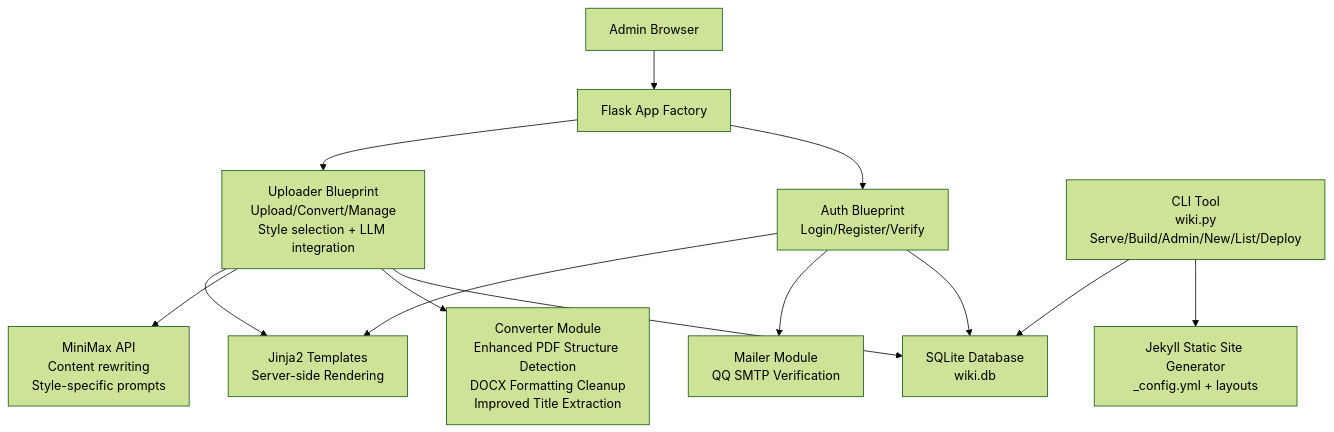
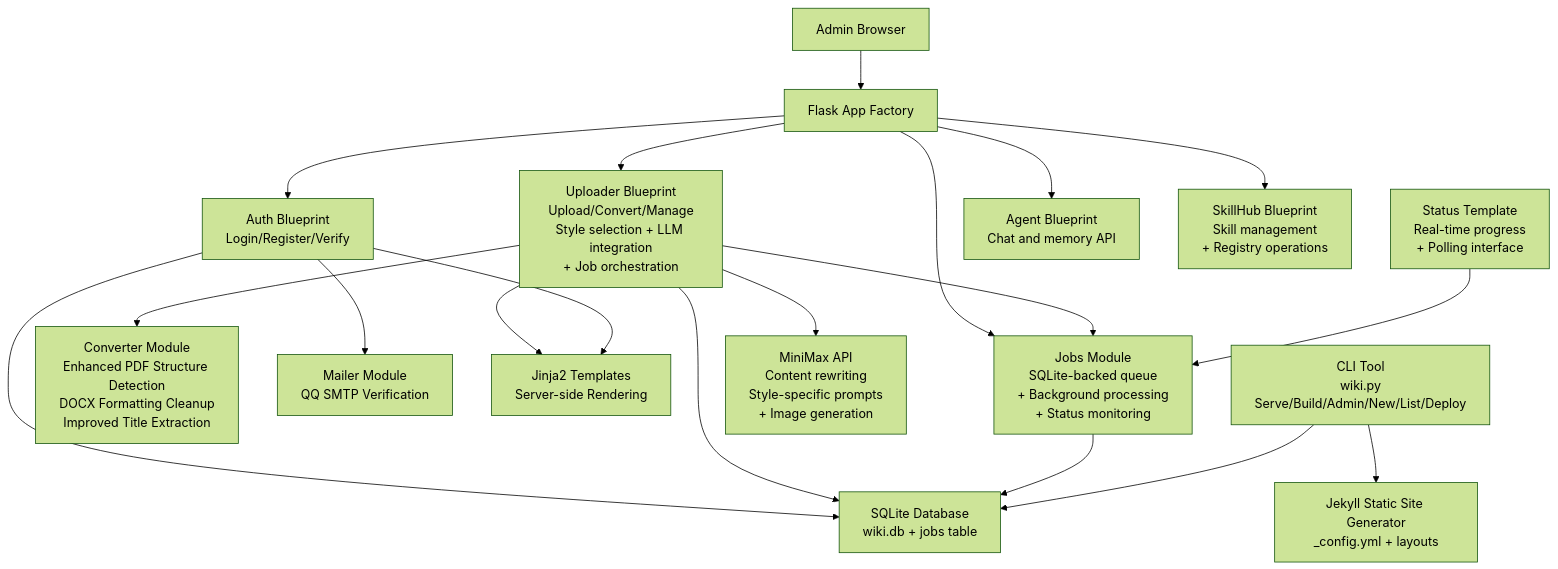
Before and after one commit to PolarisW007/PolaZhenJing: the second of 13 diagrams in .qoder/repowiki/en/content/Backend Application/Backend Application.md, drawn with Mermaid (forest theme). The commit also changed other lines of this file and 333 other files, not shown here.

````diff
--- a/.qoder/repowiki/en/content/Backend Application/Backend Application.md
+++ b/.qoder/repowiki/en/content/Backend Application/Backend Application.md
@@ -121,26 +137,36 @@
 ```mermaid
 graph TB
 CLIENT["Admin Browser"]
 FLASK["Flask App Factory"]
 AUTH["Auth Blueprint<br/>Login/Register/Verify"]
-UPLOAD["Uploader Blueprint<br/>Upload/Convert/Manage<br/>Style selection + LLM integration"]
+UPLOAD["Uploader Blueprint<br/>Upload/Convert/Manage<br/>Style selection + LLM integration<br/>+ Job orchestration"]
+JOBS["Jobs Module<br/>SQLite-backed queue<br/>+ Background processing<br/>+ Status monitoring"]
+STATUS["Status Template<br/>Real-time progress<br/>+ Polling interface"]
+AGENT["Agent Blueprint<br/>Chat and memory API"]
+SKILLHUB["SkillHub Blueprint<br/>Skill management<br/>+ Registry operations"]
 CONV["Converter Module<br/>Enhanced PDF Structure Detection<br/>DOCX Formatting Cleanup<br/>Improved Title Extraction"]
 MAIL["Mailer Module<br/>QQ SMTP Verification"]
-DB["SQLite Database<br/>wiki.db"]
+DB["SQLite Database<br/>wiki.db + jobs table"]
 TEMPLATES["Jinja2 Templates<br/>Server-side Rendering"]
 CLI["CLI Tool<br/>wiki.py<br/>Serve/Build/Admin/New/List/Deploy"]
 JEKYLL["Jekyll Static Site Generator<br/>_config.yml + layouts"]
-MINIMAX["MiniMax API<br/>Content rewriting<br/>Style-specific prompts"]
+MINIMAX["MiniMax API<br/>Content rewriting<br/>Style-specific prompts<br/>+ Image generation"]
 CLIENT --> FLASK
 FLASK --> AUTH
 FLASK --> UPLOAD
+FLASK --> JOBS
+FLASK --> AGENT
+FLASK --> SKILLHUB
 AUTH --> DB
 UPLOAD --> DB
+UPLOAD --> JOBS
 UPLOAD --> CONV
 UPLOAD --> MINIMAX
+JOBS --> DB
+STATUS --> JOBS
 AUTH --> MAIL
 UPLOAD --> TEMPLATES
 AUTH --> TEMPLATES
 CLI --> JEKYLL
 CLI --> DB
 ```
````
